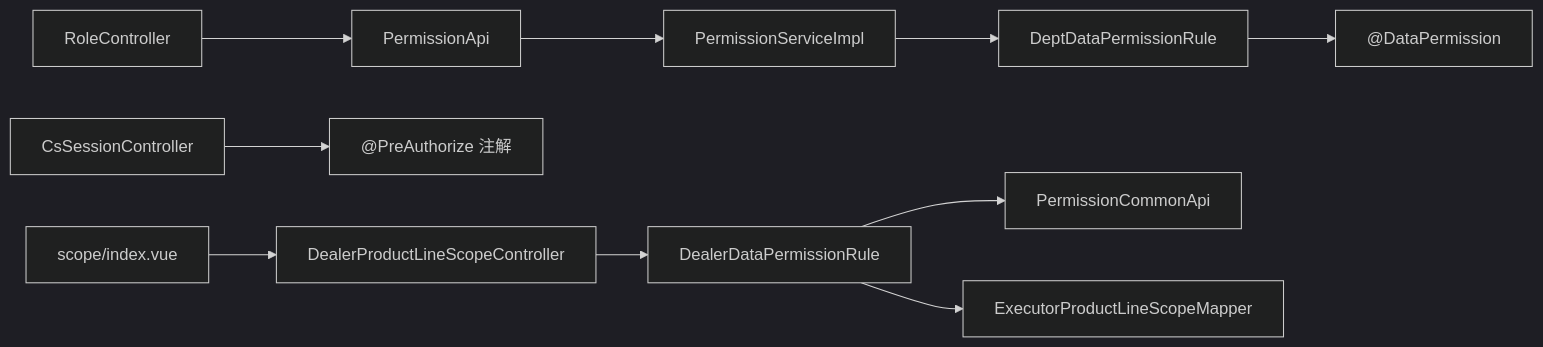
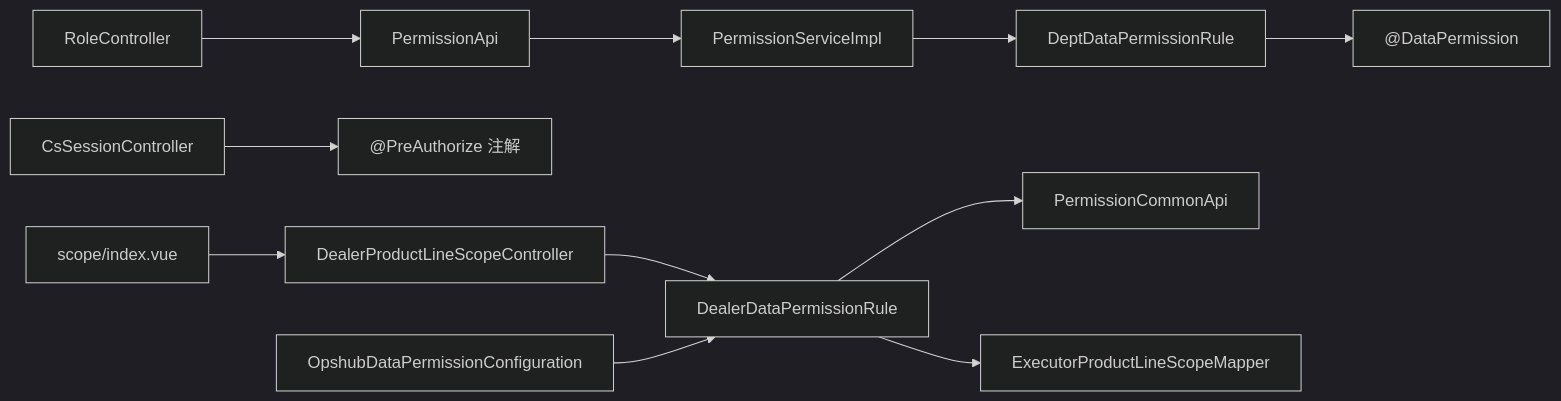
One commit to xiaoche80s-tech/rouyi-vue-pro changed the sixth of 6 diagrams in .qoder/repowiki/zh/content/核心模块/系统管理模块/角色权限.md. Above: the diagram before and after it, drawn with Mermaid (dark theme). The commit also changed other lines of this file and 621 other files, not shown here.

````diff
--- a/.qoder/repowiki/zh/content/核心模块/系统管理模块/角色权限.md
+++ b/.qoder/repowiki/zh/content/核心模块/系统管理模块/角色权限.md
@@ -440,12 +473,13 @@
 ```mermaid
 graph LR
 CTRL["RoleController"] --> API["PermissionApi"]
 API --> SVC["PermissionServiceImpl"]
 SVC --> RULE["DeptDataPermissionRule"]
 RULE --> ANNOT["@DataPermission"]
 CSCTRL["CsSessionController"] --> PERM["@PreAuthorize 注解"]
 DEALERRULE["DealerDataPermissionRule"] --> PERMAPI["PermissionCommonApi"]
 DEALERRULE --> SCOPE["ExecutorProductLineScopeMapper"]
 EXECCTRL["DealerProductLineScopeController"] --> DEALERRULE
 UI["scope/index.vue"] --> EXECCTRL
+OPSHUBCONF["OpshubDataPermissionConfiguration"] --> DEALERRULE
 ```
````
